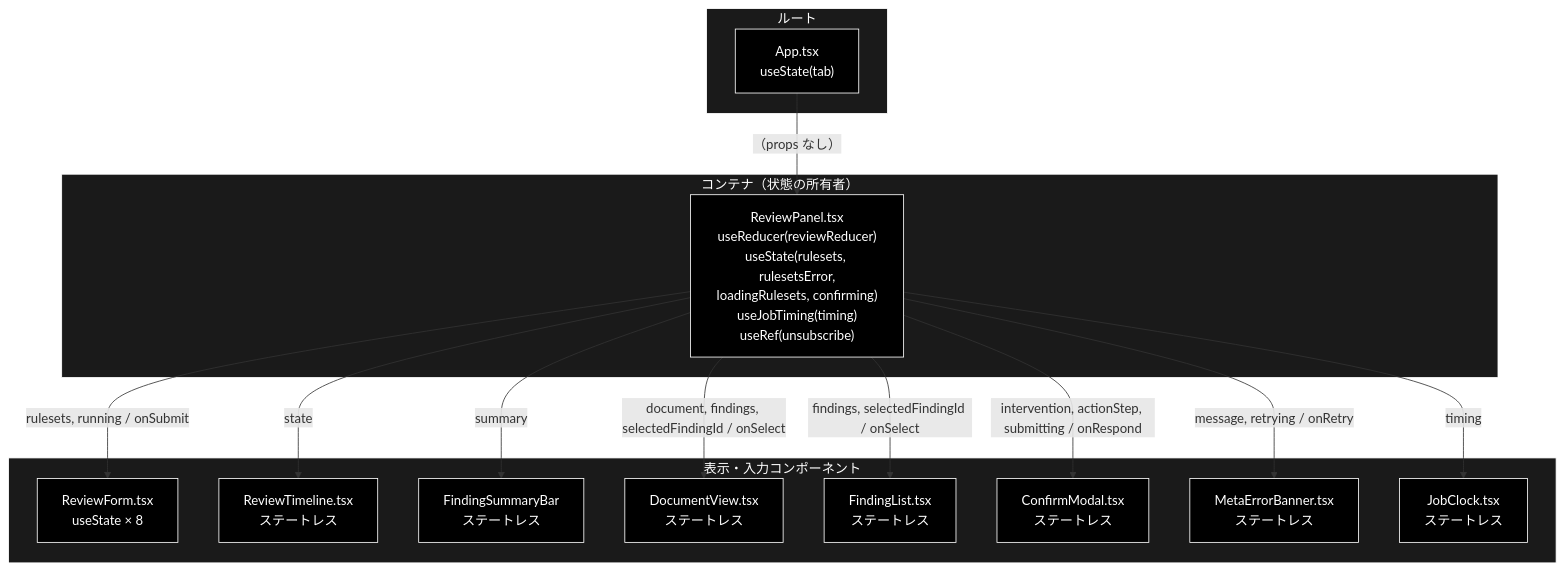
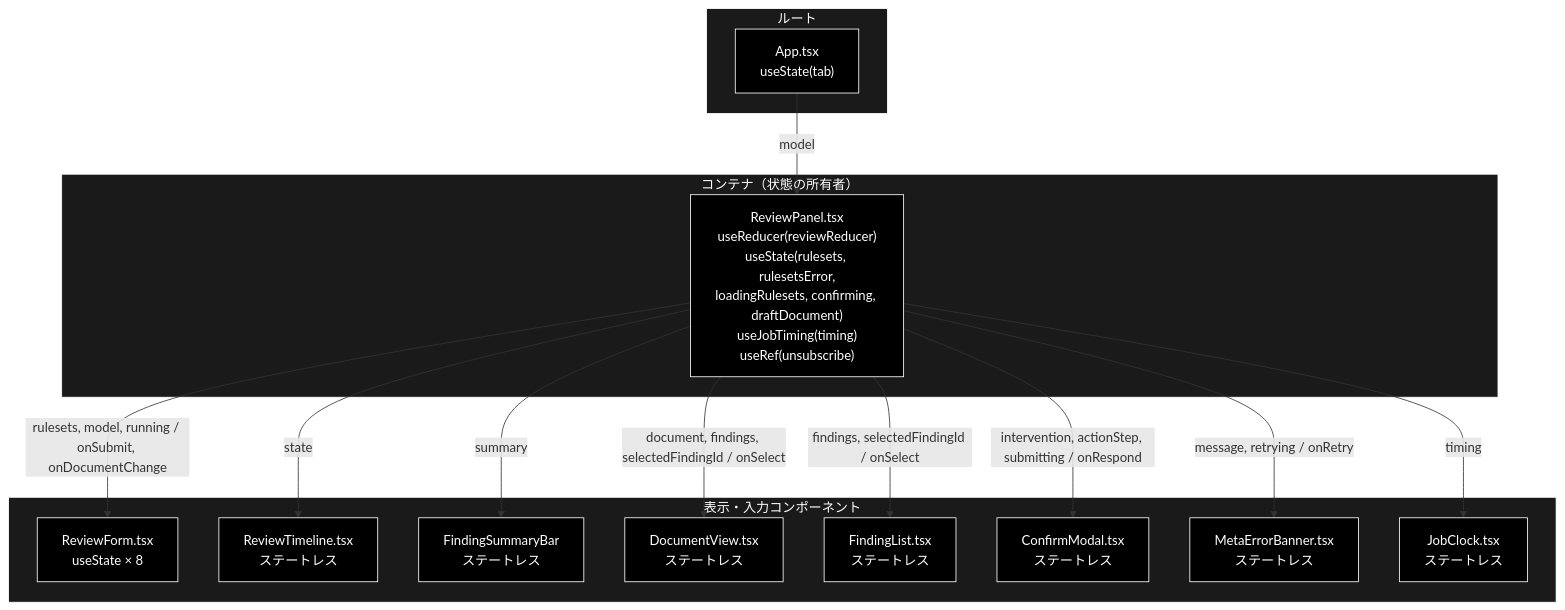
The second of 6 diagrams in frontend/docs/ReviewPanel.md (nakashima2toshio/grace_v2), drawn with Mermaid before and after one commit. The commit also changed other lines of this file and 40 other files, not shown here.

````diff
--- a/frontend/docs/ReviewPanel.md
+++ b/frontend/docs/ReviewPanel.md
@@ -119,34 +120,34 @@
 ```mermaid
 flowchart TB
     subgraph Root["ルート"]
         App["App.tsx<br>useState(tab)"]
     end
     subgraph Container["コンテナ（状態の所有者）"]
-        RP["ReviewPanel.tsx<br>useReducer(reviewReducer)<br>useState(rulesets, rulesetsError,<br>loadingRulesets, confirming)<br>useJobTiming(timing)<br>useRef(unsubscribe)"]
+        RP["ReviewPanel.tsx<br>useReducer(reviewReducer)<br>useState(rulesets, rulesetsError,<br>loadingRulesets, confirming, draftDocument)<br>useJobTiming(timing)<br>useRef(unsubscribe)"]
     end
     subgraph Presentational["表示・入力コンポーネント"]
         RF["ReviewForm.tsx<br>useState × 8"]
         RT["ReviewTimeline.tsx<br>ステートレス"]
         SB["FindingSummaryBar<br>ステートレス"]
         DV["DocumentView.tsx<br>ステートレス"]
         FL["FindingList.tsx<br>ステートレス"]
         CM["ConfirmModal.tsx<br>ステートレス"]
         MB["MetaErrorBanner.tsx<br>ステートレス"]
         JC["JobClock.tsx<br>ステートレス"]
     end
-    App -->|"（props なし）"| RP
-    RP -->|"rulesets, running / onSubmit"| RF
+    App -->|"model"| RP
+    RP -->|"rulesets, model, running / onSubmit, onDocumentChange"| RF
     RP -->|"state"| RT
     RP -->|"summary"| SB
     RP -->|"document, findings, selectedFindingId / onSelect"| DV
     RP -->|"findings, selectedFindingId / onSelect"| FL
     RP -->|"intervention, actionStep, submitting / onRespond"| CM
     RP -->|"message, retrying / onRetry"| MB
     RP -->|"timing"| JC
 classDef default fill:#000,stroke:#fff,color:#fff
 classDef subgraphStyle fill:#1a1a1a,stroke:#fff,color:#fff
 class App,RP,RF,RT,SB,DV,FL,CM,MB,JC default
 style Root fill:#1a1a1a,stroke:#fff,color:#fff
 style Container fill:#1a1a1a,stroke:#fff,color:#fff
 style Presentational fill:#1a1a1a,stroke:#fff,color:#fff
 ```
````
